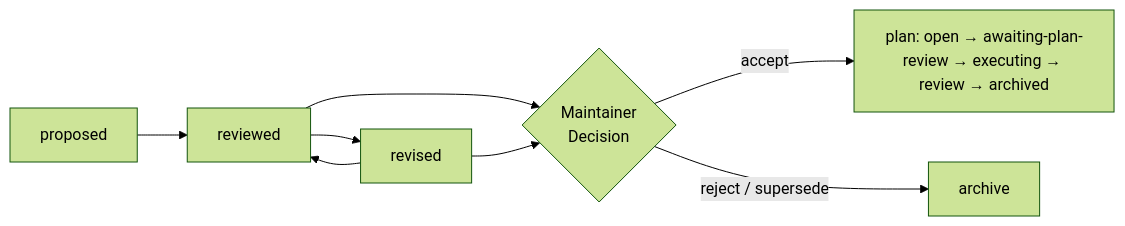
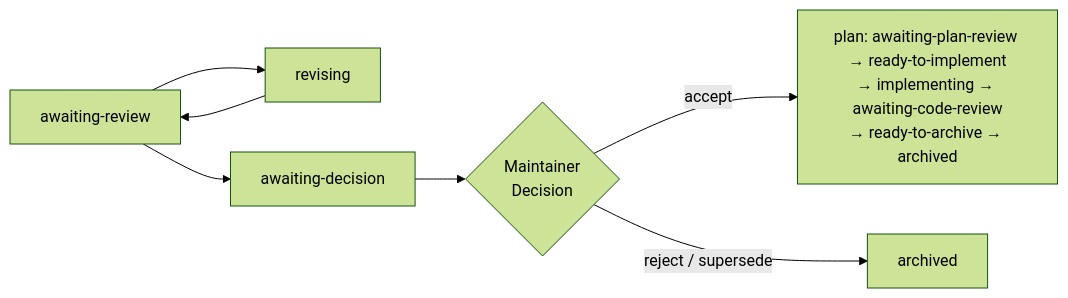
Before and after one commit to MSUHydrogeology/cairn: the diagram in README.md, drawn with Mermaid (forest theme). The commit also changed other lines of this file and 2 other files, not shown here.

````diff
--- a/README.md
+++ b/README.md
@@ -156,10 +156,9 @@
 ```mermaid
 flowchart LR
-    P[proposed] --> R[reviewed]
-    R --> Rev[revised]
-    Rev --> R
-    R --> D{Maintainer<br/>Decision}
-    Rev --> D
-    D -->|accept| PL[plan: open → awaiting-plan-review → executing → review → archived]
-    D -->|reject / supersede| A[archive]
+    AR[awaiting-review] --> RV[revising]
+    RV --> AR
+    AR --> AD[awaiting-decision]
+    AD --> D{Maintainer<br/>Decision}
+    D -->|accept| PL[plan: awaiting-plan-review → ready-to-implement<br/>→ implementing → awaiting-code-review<br/>→ ready-to-archive → archived]
+    D -->|reject / supersede| A[archived]
 ```
````
